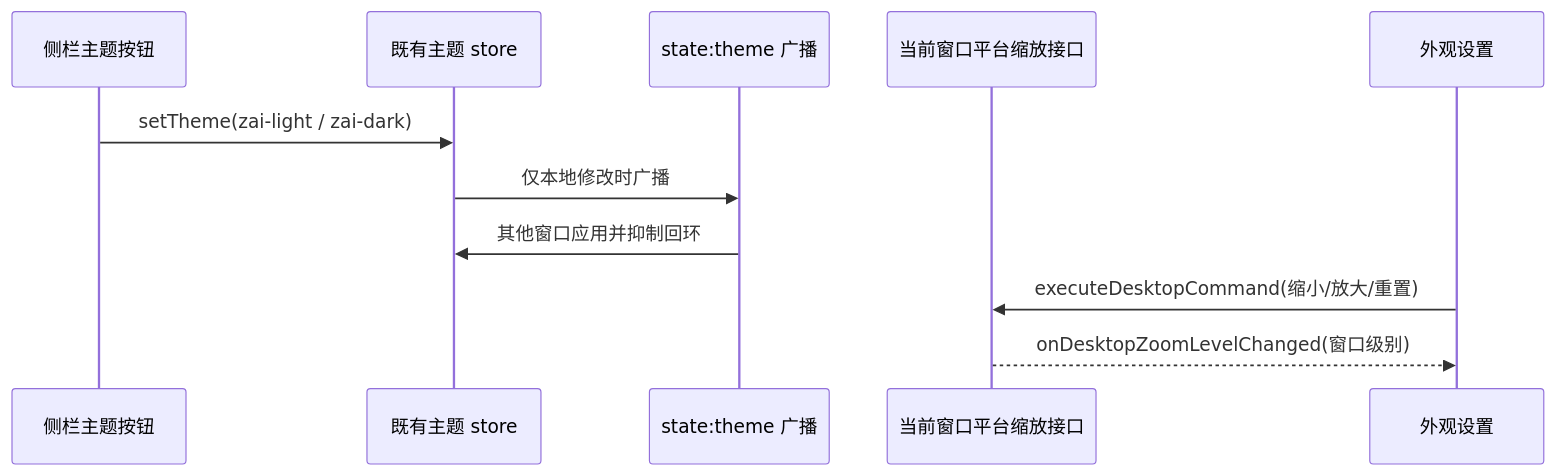
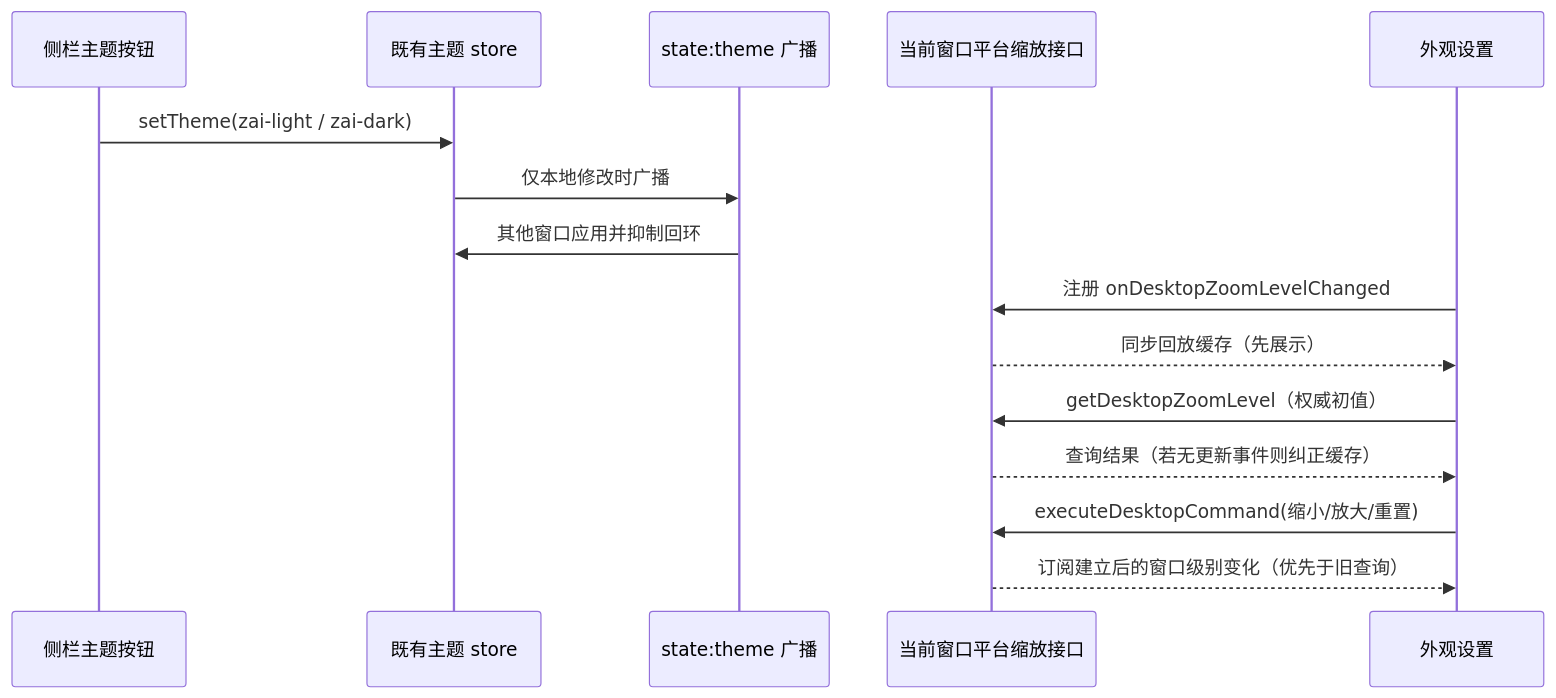
Before and after one commit to OpenX123/ZCode: the diagram in docs/ui/workspace-sidebar-footer.md, drawn with Mermaid. The commit also changed other lines of this file and 6 other files, not shown here.

````diff
--- a/docs/ui/workspace-sidebar-footer.md
+++ b/docs/ui/workspace-sidebar-footer.md
@@ -10,13 +11,17 @@
 ```mermaid
 sequenceDiagram
   participant Button as 侧栏主题按钮
   participant Store as 既有主题 store
   participant Broadcast as state:theme 广播
   participant Platform as 当前窗口平台缩放接口
   participant Settings as 外观设置
   Button->>Store: setTheme(zai-light / zai-dark)
   Store->>Broadcast: 仅本地修改时广播
   Broadcast->>Store: 其他窗口应用并抑制回环
+  Settings->>Platform: 注册 onDesktopZoomLevelChanged
+  Platform-->>Settings: 同步回放缓存（先展示）
+  Settings->>Platform: getDesktopZoomLevel（权威初值）
+  Platform-->>Settings: 查询结果（若无更新事件则纠正缓存）
   Settings->>Platform: executeDesktopCommand(缩小/放大/重置)
-  Platform-->>Settings: onDesktopZoomLevelChanged(窗口级别)
+  Platform-->>Settings: 订阅建立后的窗口级别变化（优先于旧查询）
 ```
````
